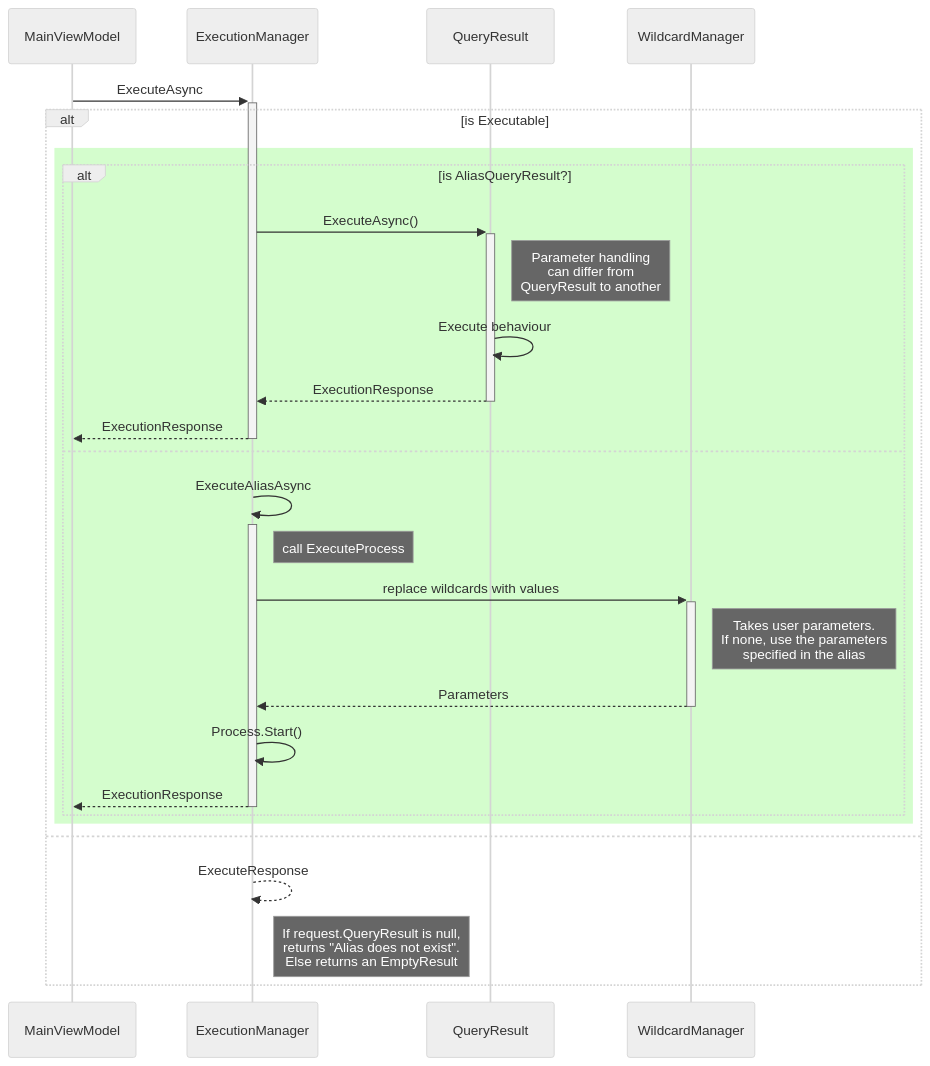
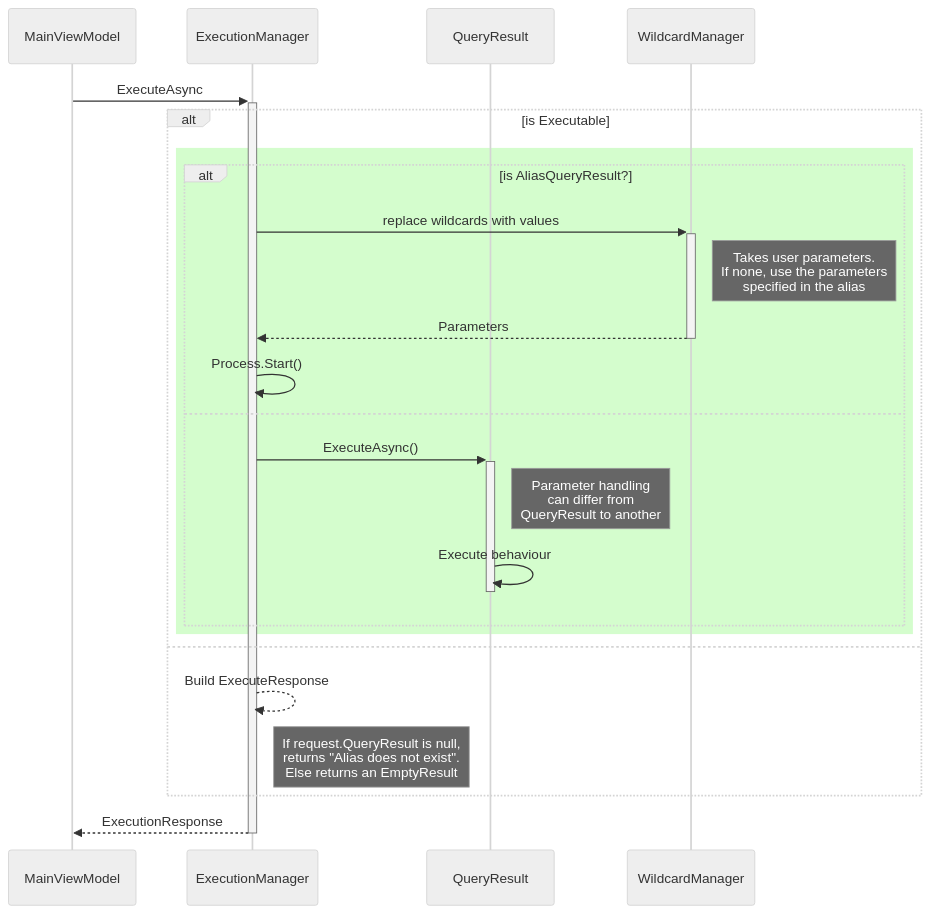
Before and after one commit to jibedoubleve/lanceur-bis: the first of 2 diagrams in doc/SequenceDiagrams.md, drawn with Mermaid (neutral theme).

Commit message:
(#181) Fix documentation

````diff
--- a/doc/SequenceDiagrams.md
+++ b/doc/SequenceDiagrams.md
@@ -11,32 +11,28 @@
 ```mermaid
 sequenceDiagram
 
 participant vm   as MainViewModel
 participant exec as ExecutionManager
 participant qr   as QueryResult
 participant wcm  as WildcardManager
 
 vm ->> +exec: ExecuteAsync
     alt is Executable
         rect rgb(212, 253, 205	)
         alt is AliasQueryResult?
-            exec ->>  +qr: ExecuteAsync();
-            note right of qr: Parameter handling<br>can differ from<br>QueryResult to another
-            qr ->>  qr: Execute behaviour
-            qr -->> -exec: ExecutionResponse
-            exec -->> -vm: ExecutionResponse
-        else
-            exec ->>  +exec: ExecuteAliasAsync
-            note right of exec: call ExecuteProcess
             exec ->> +wcm: replace wildcards with values
             note right of wcm: Takes user parameters.<br>If none, use the parameters<br>specified in the alias
             wcm -->> -exec: Parameters
             exec ->>  exec: Process.Start()
-            exec -->> -vm: ExecutionResponse
+        else
+            exec ->>  +qr: ExecuteAsync();
+            note right of qr: Parameter handling<br>can differ from<br>QueryResult to another
+            qr ->> -qr: Execute behaviour
         end
         end
     else
-        exec -->> exec: ExecuteResponse
+        exec -->> exec: Build ExecuteResponse
         note right of exec: If request.QueryResult is null,<br>returns "Alias does not exist".<br>Else returns an EmptyResult  
     end
+    exec -->> -vm: ExecutionResponse
 ```
````
